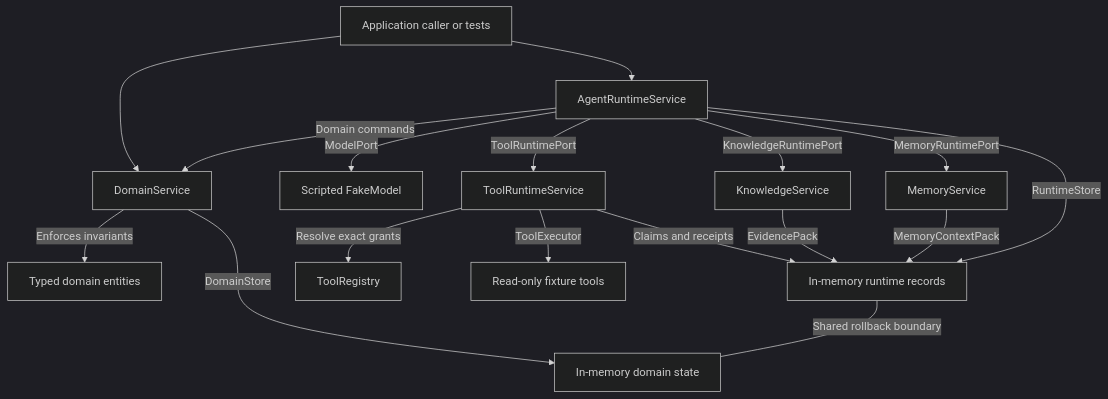
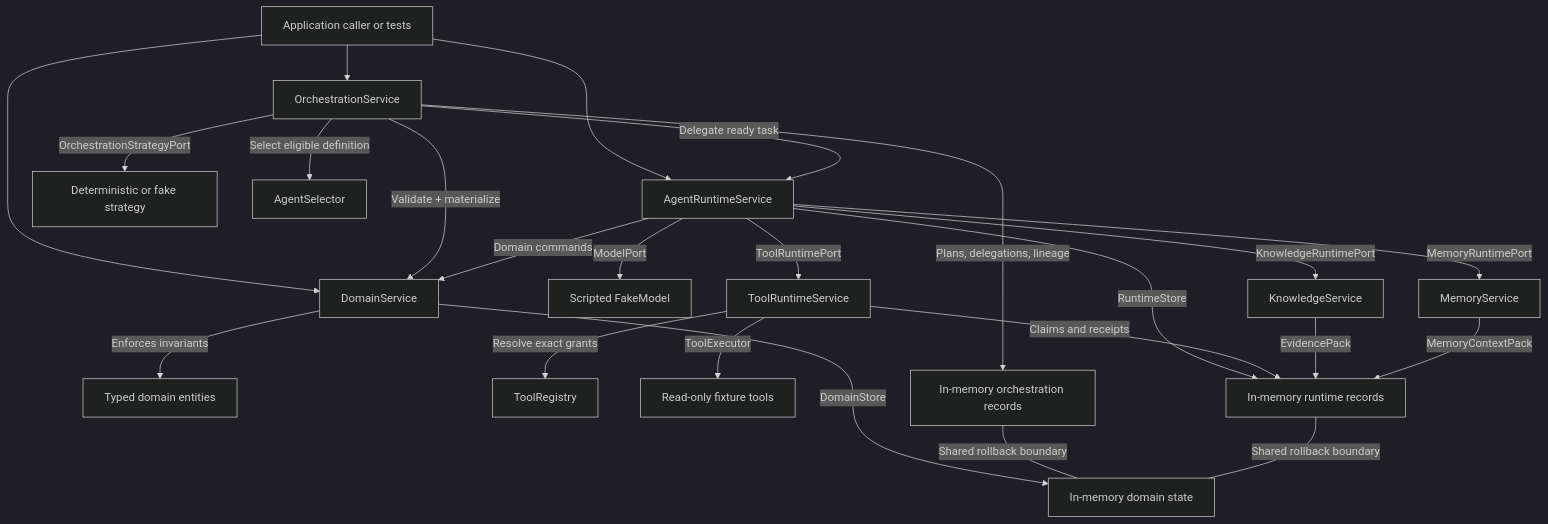
One commit to Amanux7/Nebula-OS- changed the first of 4 diagrams in README.md. Above: the diagram before and after it, drawn with Mermaid (dark theme). The commit also changed other lines of this file and 30 other files, not shown here.

```diff
--- a/README.md
+++ b/README.md
@@ -93,19 +93,26 @@
 ~~~mermaid
 flowchart TD
     caller["Application caller or tests"] --> domainService["DomainService"]
     caller --> agentRuntime["AgentRuntimeService"]
+    caller --> orchestrator["OrchestrationService"]
+    orchestrator -->|"OrchestrationStrategyPort"| planner["Deterministic or fake strategy"]
+    orchestrator -->|"Validate + materialize"| domainService
+    orchestrator -->|"Select eligible definition"| selector["AgentSelector"]
+    orchestrator -->|"Delegate ready task"| agentRuntime
     agentRuntime -->|"Domain commands"| domainService
     domainService -->|"Enforces invariants"| domain["Typed domain entities"]
     agentRuntime -->|"ModelPort"| model["Scripted FakeModel"]
     agentRuntime -->|"ToolRuntimePort"| toolRuntime["ToolRuntimeService"]
     agentRuntime -->|"KnowledgeRuntimePort"| knowledge["KnowledgeService"]
     agentRuntime -->|"MemoryRuntimePort"| memory["MemoryService"]
     toolRuntime -->|"Resolve exact grants"| registry["ToolRegistry"]
     toolRuntime -->|"ToolExecutor"| fixtures["Read-only fixture tools"]
     domainService -->|"DomainStore"| state["In-memory domain state"]
     agentRuntime -->|"RuntimeStore"| history["In-memory runtime records"]
     toolRuntime -->|"Claims and receipts"| history
     knowledge -->|"EvidencePack"| history
     memory -->|"MemoryContextPack"| history
+    orchestrator -->|"Plans, delegations, lineage"| orchestrationHistory["In-memory orchestration records"]
+    orchestrationHistory ---|"Shared rollback boundary"| state
     history ---|"Shared rollback boundary"| state
 ~~~
```
